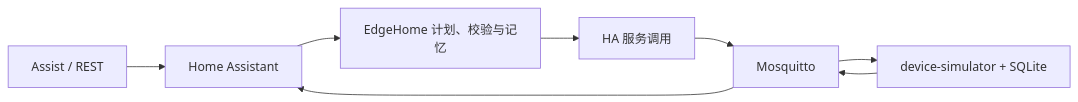
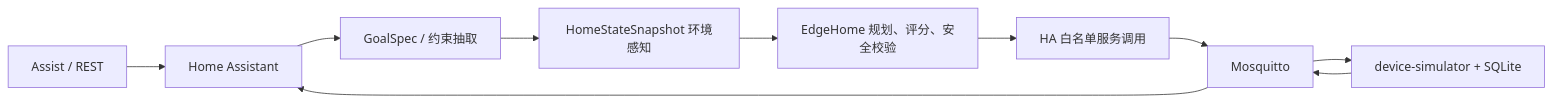
The diagram in README.md (M1kasu/EdgeHome_Agent), drawn with Mermaid before and after one commit. The commit also changed other lines of this file and 4 other files, not shown here.

Commit message:
docs(edgehome): document goal-driven deployment and demo flow

````diff
--- a/README.md
+++ b/README.md
@@ -5,9 +7,11 @@
 ```mermaid
 flowchart LR
     U["Assist / REST"] --> HA["Home Assistant"]
-    HA --> EH["EdgeHome 计划、校验与记忆"]
-    EH --> SVC["HA 服务调用"]
+    HA --> GS["GoalSpec / 约束抽取"]
+    GS --> HS["HomeStateSnapshot 环境感知"]
+    HS --> EH["EdgeHome 规划、评分、安全校验"]
+    EH --> SVC["HA 白名单服务调用"]
     SVC --> MQ["Mosquitto"]
     MQ --> SIM["device-simulator + SQLite"]
     SIM --> MQ --> HA
 ```
````
